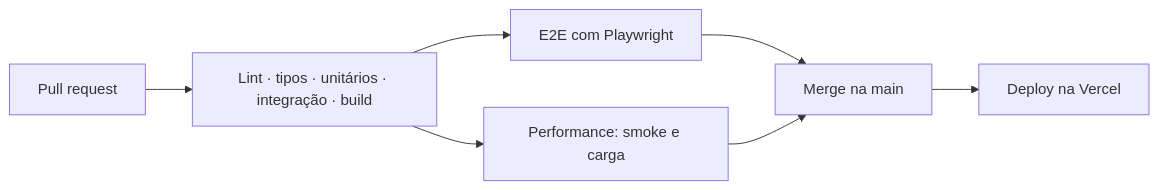
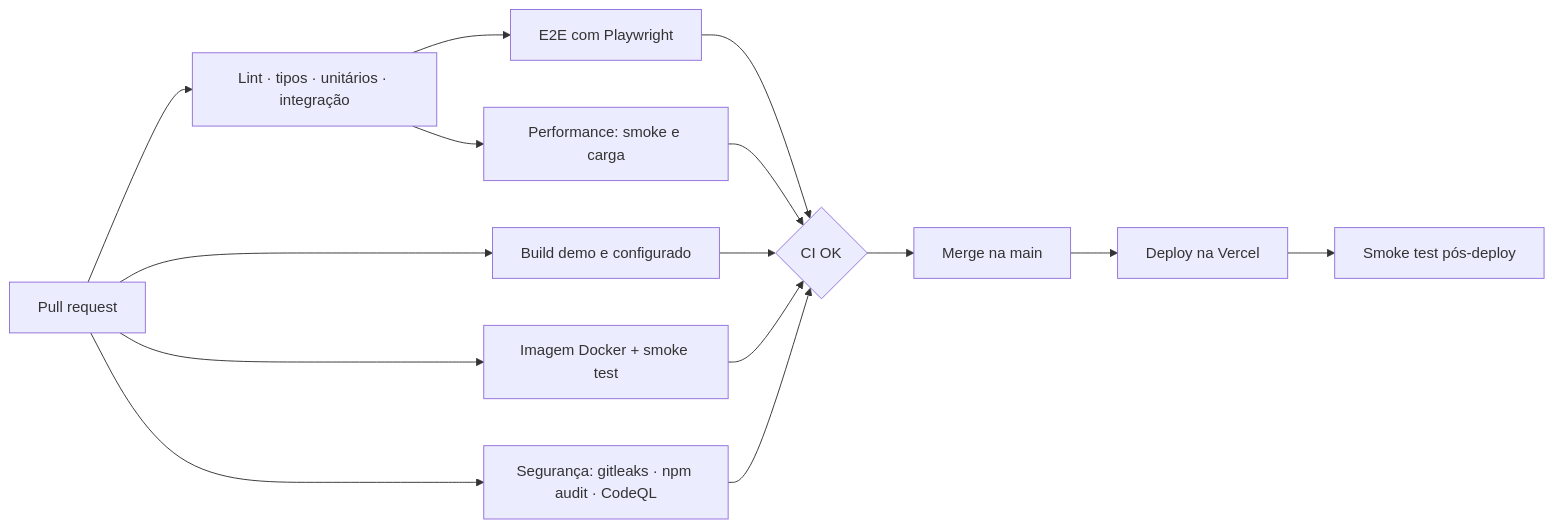
One commit to LuisGlauser/RateMedia changed the diagram in README.md. Above: the diagram before and after it, drawn with Mermaid. The commit also changed other lines of this file and 1 other file, not shown here.

````diff
--- a/README.md
+++ b/README.md
@@ -78,9 +78,17 @@
 ```mermaid
 flowchart LR
-  PR[Pull request] --> Q[Lint · tipos · unitários · integração · build]
+  PR[Pull request] --> Q[Lint · tipos · unitários · integração]
+  PR --> B[Build demo e configurado]
+  PR --> D[Imagem Docker + smoke test]
+  PR --> S[Segurança: gitleaks · npm audit · CodeQL]
   Q --> E2E[E2E com Playwright]
   Q --> P[Performance: smoke e carga]
-  E2E --> M[Merge na main]
-  P --> M
+  E2E --> OK{CI OK}
+  P --> OK
+  B --> OK
+  D --> OK
+  S --> OK
+  OK --> M[Merge na main]
   M --> V[Deploy na Vercel]
+  V --> PD[Smoke test pós-deploy]
 ```
````
